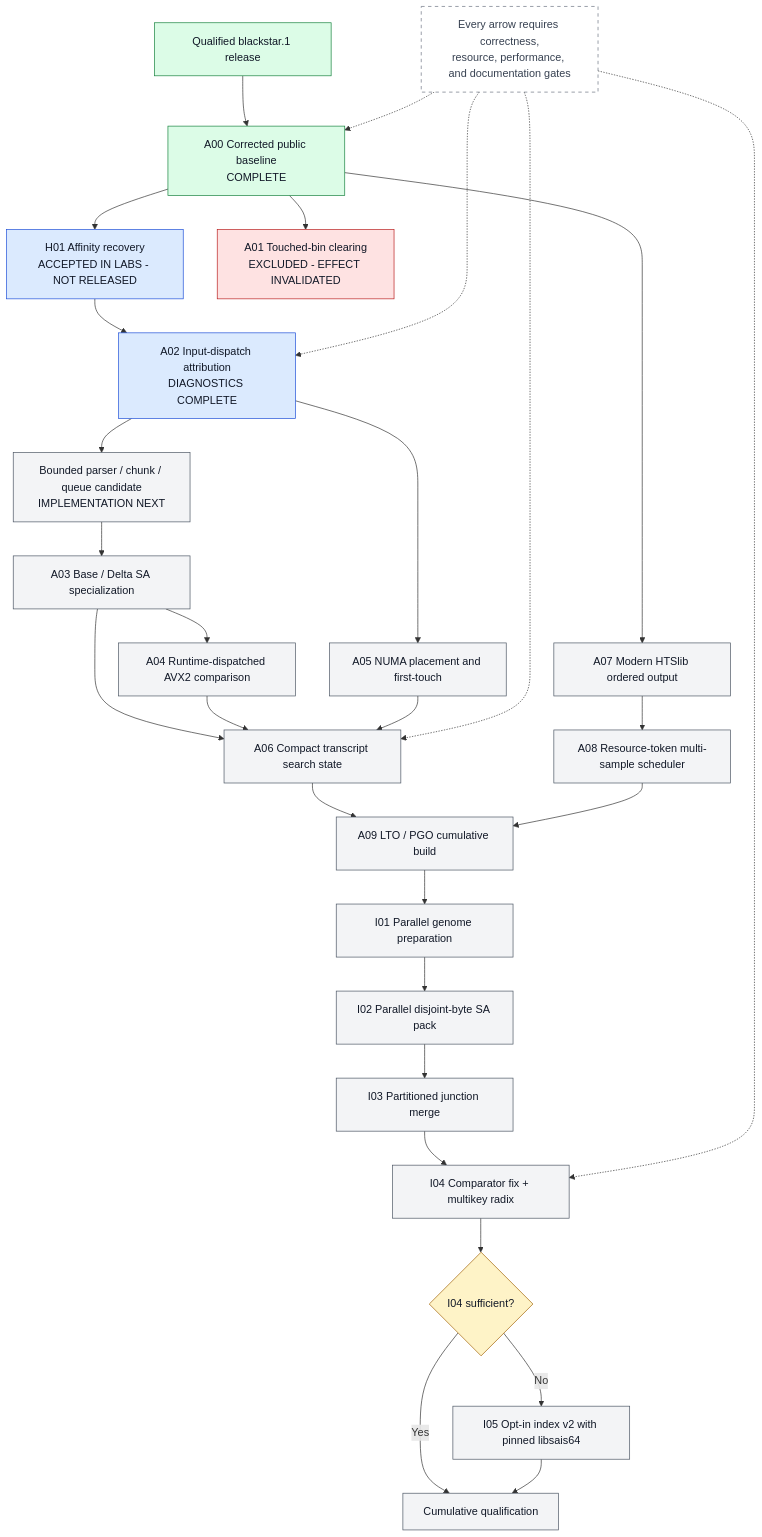
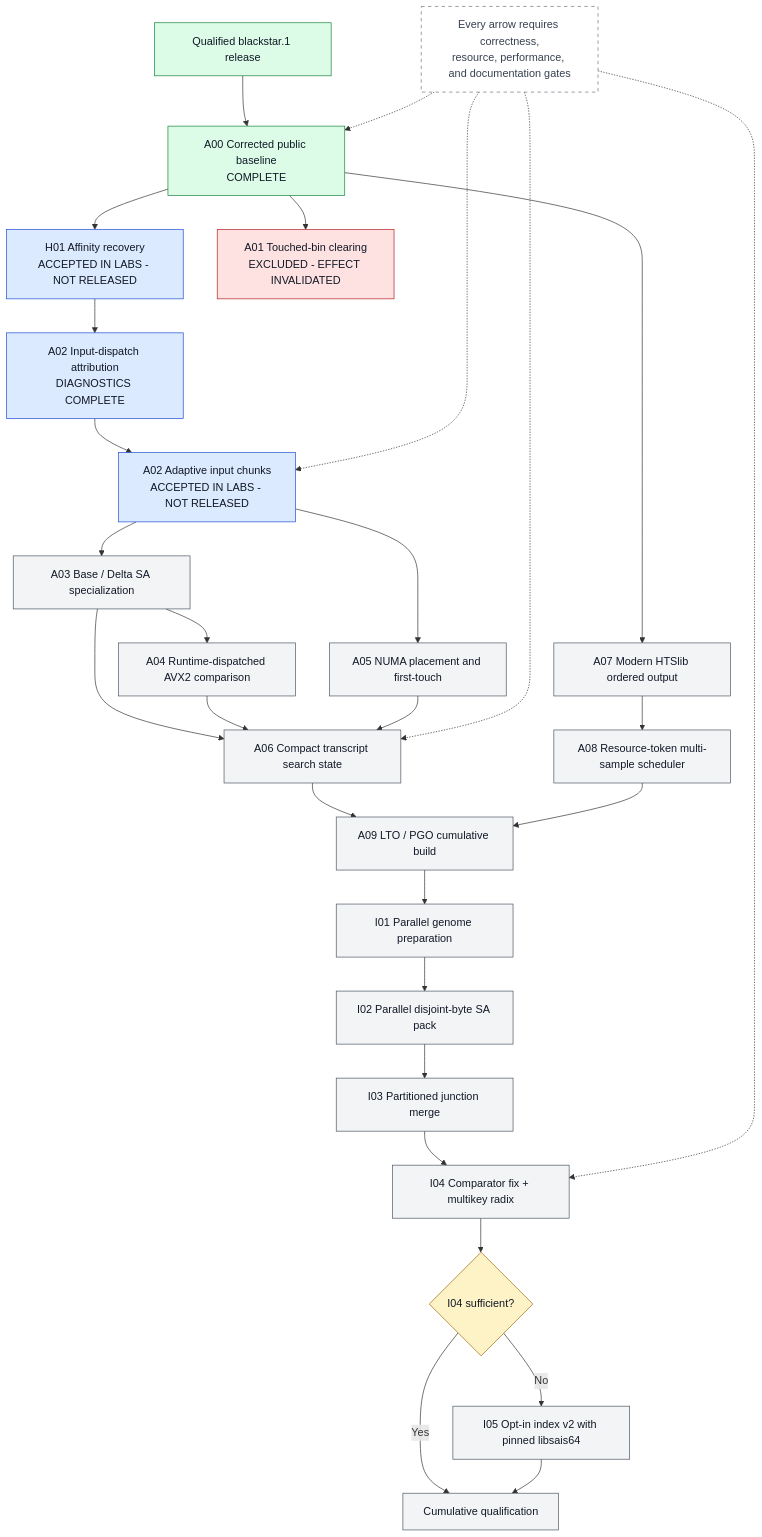
Before and after one commit to justinblethrow-cloud/STAR: the diagram in docs/architecture/diagrams/src/F14-roadmap.mmd, drawn with Mermaid. The commit also changed 20 other files, not shown here.

Commit message:
docs: qualify A02 adaptive input chunks

```diff
--- a/docs/architecture/diagrams/src/F14-roadmap.mmd
+++ b/docs/architecture/diagrams/src/F14-roadmap.mmd
@@ -1,42 +1,42 @@
 flowchart TD
     RELEASE["Qualified blackstar.1 release"] --> A00["A00 Corrected public baseline<br/>COMPLETE"]
     A00 --> H01["H01 Affinity recovery<br/>ACCEPTED IN LABS - NOT RELEASED"]
     A00 --> A01["A01 Touched-bin clearing<br/>EXCLUDED - EFFECT INVALIDATED"]
-    H01 --> A02["A02 Input-dispatch attribution<br/>DIAGNOSTICS COMPLETE"]
-    A02 --> DISPATCH["Bounded parser / chunk / queue candidate<br/>IMPLEMENTATION NEXT"]
-    DISPATCH --> A03["A03 Base / Delta SA specialization"]
+    H01 --> A02D["A02 Input-dispatch attribution<br/>DIAGNOSTICS COMPLETE"]
+    A02D --> A02["A02 Adaptive input chunks<br/>ACCEPTED IN LABS - NOT RELEASED"]
+    A02 --> A03["A03 Base / Delta SA specialization"]
     A03 --> A04["A04 Runtime-dispatched AVX2 comparison"]
     A02 --> A05["A05 NUMA placement and first-touch"]
     A03 --> A06["A06 Compact transcript search state"]
     A04 --> A06
     A05 --> A06
     A00 --> A07["A07 Modern HTSlib ordered output"]
     A07 --> A08["A08 Resource-token multi-sample scheduler"]
     A06 --> A09["A09 LTO / PGO cumulative build"]
     A08 --> A09
     A09 --> I01["I01 Parallel genome preparation"]
     I01 --> I02["I02 Parallel disjoint-byte SA pack"]
     I02 --> I03["I03 Partitioned junction merge"]
     I03 --> I04["I04 Comparator fix + multikey radix"]
     I04 --> DECIDE{"I04 sufficient?"}
     DECIDE -->|Yes| QUAL["Cumulative qualification"]
     DECIDE -->|No| I05["I05 Opt-in index v2 with pinned libsais64"]
     I05 --> QUAL
 
     GATE["Every arrow requires correctness,<br/>resource, performance, and documentation gates"] -.-> A00
     GATE -.-> A02
     GATE -.-> A06
     GATE -.-> I04
 
     classDef accepted fill:#dcfce7,stroke:#15803d,color:#111827;
     classDef active fill:#dbeafe,stroke:#1d4ed8,color:#111827;
     classDef rejected fill:#fee2e2,stroke:#b91c1c,color:#111827;
     classDef proposed fill:#f3f4f6,stroke:#4b5563,color:#111827;
     classDef decision fill:#fef3c7,stroke:#a16207,color:#111827;
     classDef note fill:#ffffff,stroke:#6b7280,color:#374151,stroke-dasharray: 5 5;
     class RELEASE,A00 accepted;
-    class H01,A02 active;
+    class H01,A02D,A02 active;
     class A01 rejected;
-    class DISPATCH,A03,A04,A05,A06,A07,A08,A09,I01,I02,I03,I04,I05,QUAL proposed;
+    class A03,A04,A05,A06,A07,A08,A09,I01,I02,I03,I04,I05,QUAL proposed;
     class DECIDE decision;
     class GATE note;
```
